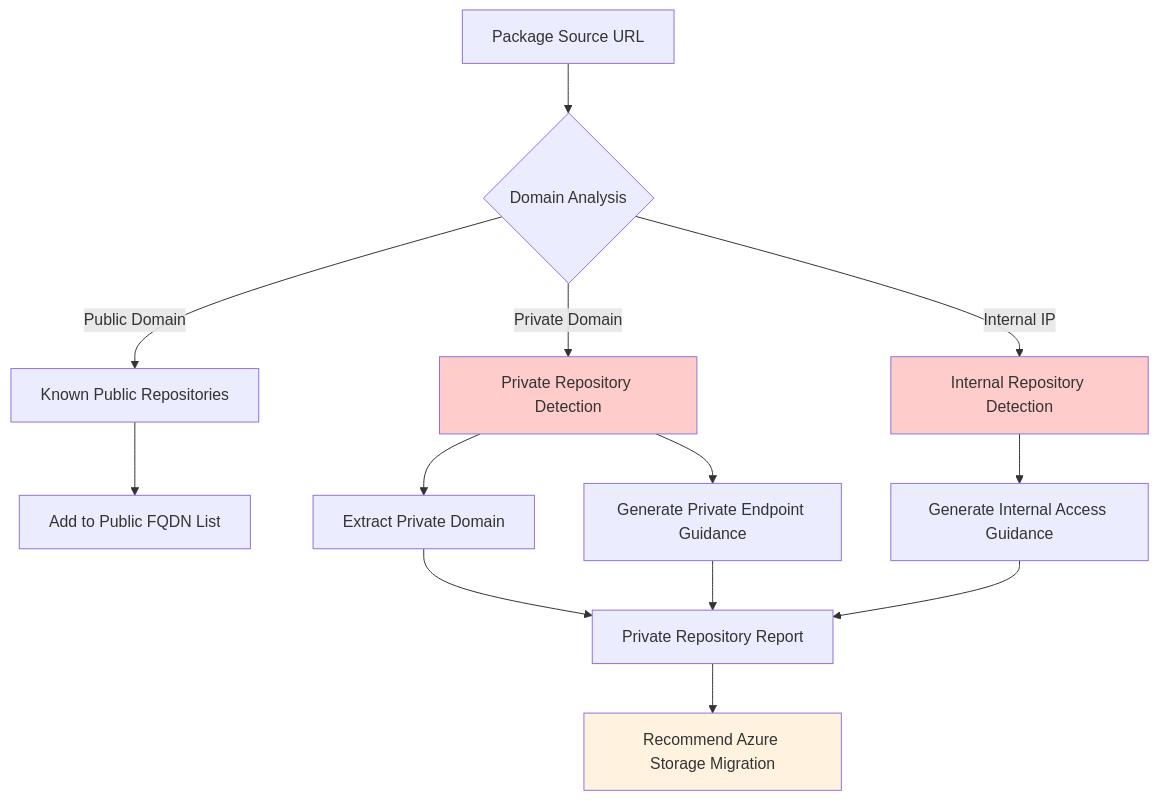
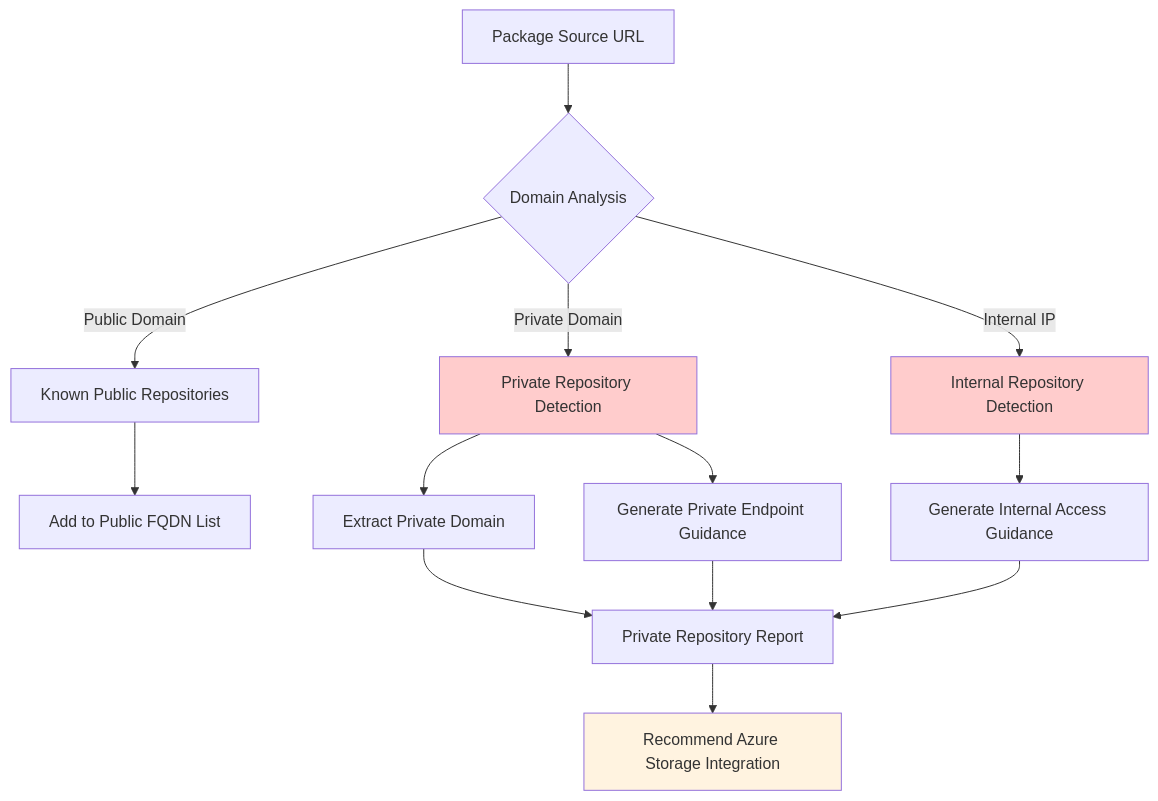
Before and after one commit to enu235/AzureAIAllowList: the sixth of 6 diagrams in docs/package-discovery.md, drawn with Mermaid. The commit also changed other lines of this file and 29 other files, not shown here.

````diff
--- a/docs/package-discovery.md
+++ b/docs/package-discovery.md
@@ -299,25 +299,25 @@
 ```mermaid
 graph TD
     A[Package Source URL] --> B{Domain Analysis}
     
     B -->|Public Domain| C[Known Public Repositories]
     B -->|Private Domain| D[Private Repository Detection]
     B -->|Internal IP| E[Internal Repository Detection]
     
     C --> F[Add to Public FQDN List]
     
     D --> G[Extract Private Domain]
     D --> H[Generate Private Endpoint Guidance]
     
     E --> I[Generate Internal Access Guidance]
     
     G --> J[Private Repository Report]
     H --> J
     I --> J
     
-    J --> K[Recommend Azure Storage Migration]
+    J --> K[Recommend Azure Storage Integration]
     
     style D fill:#ffcccc
     style E fill:#ffcccc
     style K fill:#fff3e0
 ```
````
